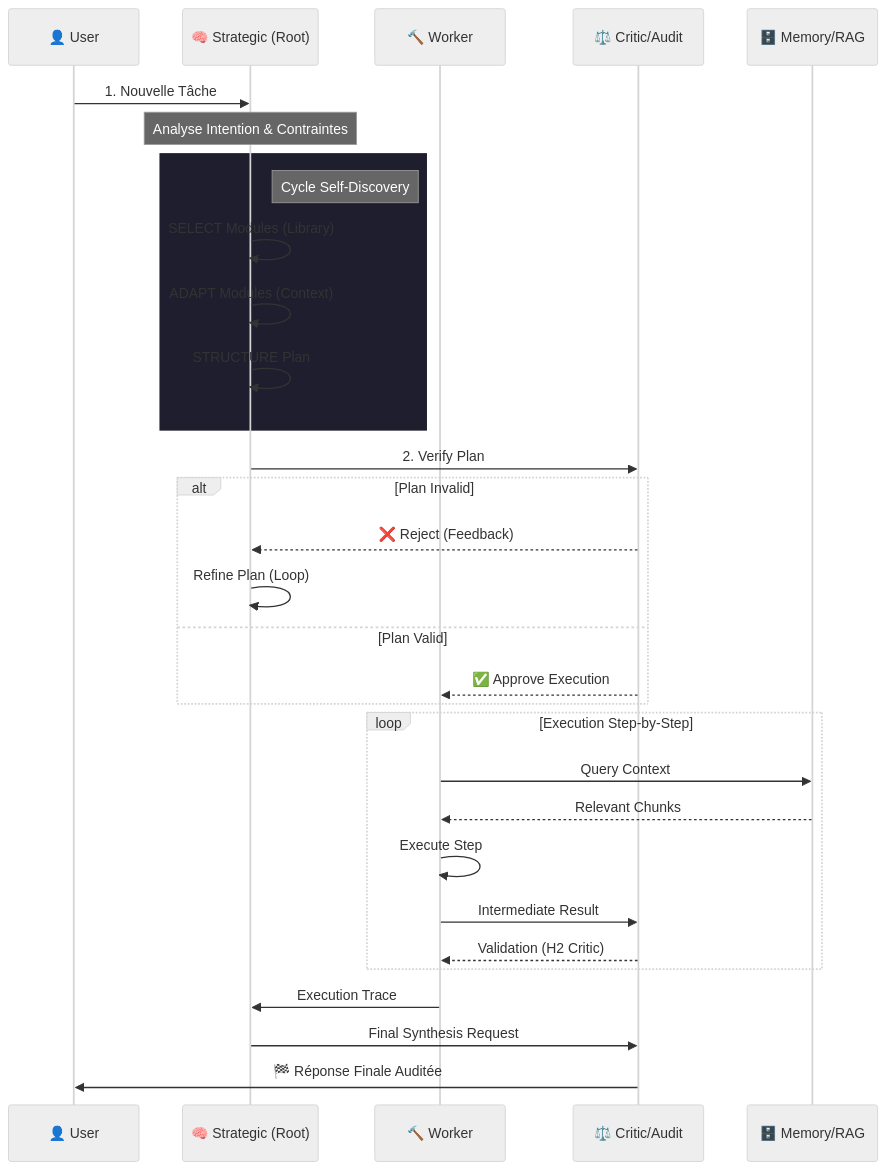
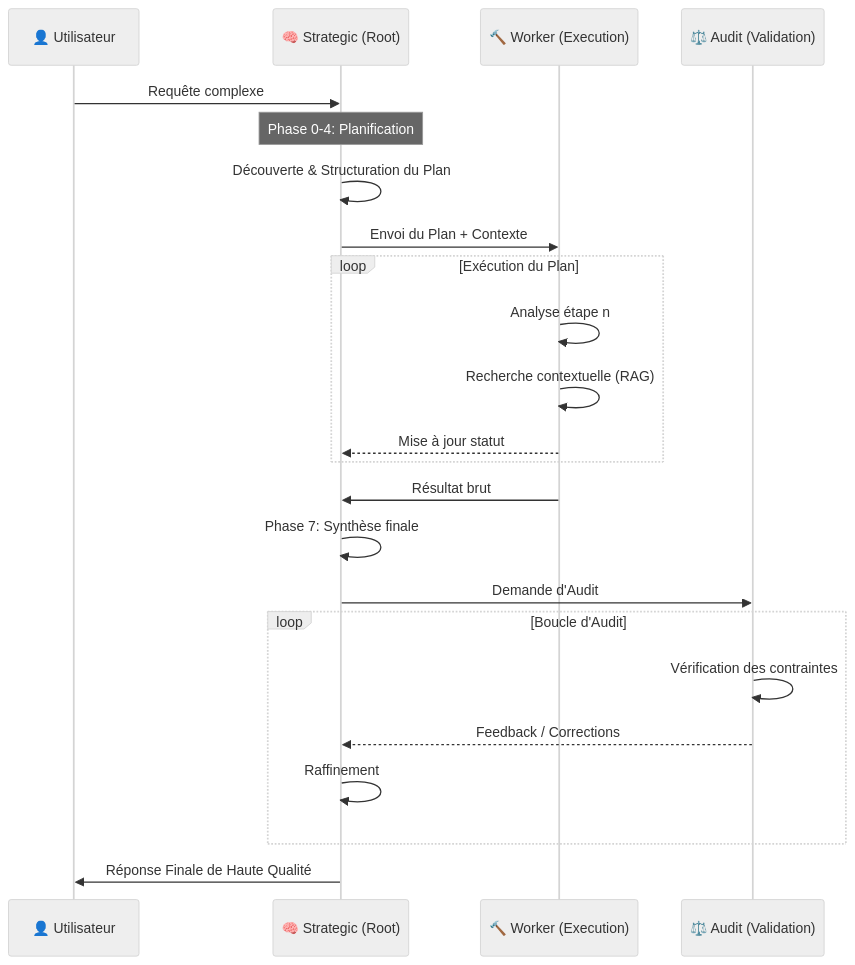
One commit to dagornc/Autologic changed the second of 3 diagrams in README.md. Above: the diagram before and after it, drawn with Mermaid (neutral theme). The commit also changed other lines of this file and 107 other files, not shown here.

````diff
--- a/README.md
+++ b/README.md
@@ -308,39 +108,30 @@
 ```mermaid
 sequenceDiagram
-    participant U as 👤 User
+    participant U as 👤 Utilisateur
     participant S as 🧠 Strategic (Root)
-    participant W as 🔨 Worker
-    participant C as ⚖️ Critic/Audit
-    participant DB as 🗄️ Memory/RAG
-
-    U->>S: 1. Nouvelle Tâche
-    Note over S: Analyse Intention & Contraintes
+    participant W as 🔨 Worker (Execution)
+    participant A as ⚖️ Audit (Validation)
     
-    rect rgb(30, 30, 46)
-        Note right of S: Cycle Self-Discovery
-        S->>S: SELECT Modules (Library)
-        S->>S: ADAPT Modules (Context)
-        S->>S: STRUCTURE Plan
-    end
-
-    S->>C: 2. Verify Plan
+    U->>S: Requête complexe
+    Note over S: Phase 0-4: Planification
+    S->>S: Découverte & Structuration du Plan
+    S->>W: Envoi du Plan + Contexte
     
-    alt Plan Invalid
-        C-->>S: ❌ Reject (Feedback)
-        S->>S: Refine Plan (Loop)
-    else Plan Valid
-        C-->>W: ✅ Approve Execution
+    loop Exécution du Plan
+        W->>W: Analyse étape n
+        W->>W: Recherche contextuelle (RAG)
+        W-->>S: Mise à jour statut
     end
     
-    loop Execution Step-by-Step
-        W->>DB: Query Context
-        DB-->>W: Relevant Chunks
-        W->>W: Execute Step
-        W->>C: Intermediate Result
-        C-->>W: Validation (H2 Critic)
+    W->>S: Résultat brut
+    S->>S: Phase 7: Synthèse finale
+    S->>A: Demande d'Audit
+    
+    loop Boucle d'Audit
+        A->>A: Vérification des contraintes
+        A-->>S: Feedback / Corrections
+        S->>S: Raffinement
     end
     
-    W->>S: Execution Trace
-    S->>C: Final Synthesis Request
-    C->>U: 🏁 Réponse Finale Auditée
+    S->>U: Réponse Finale de Haute Qualité
 ```
````
